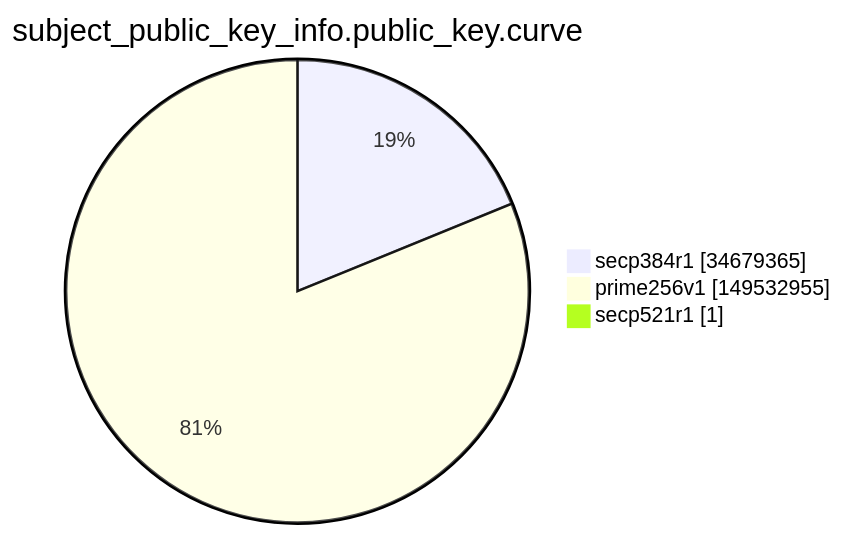
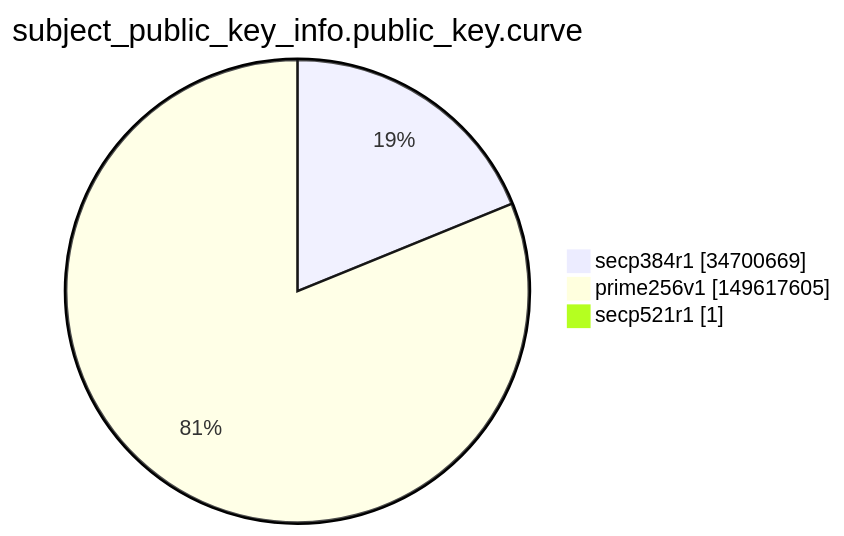
One commit to christiankrug/ctmonitor_visualization changed the ninth of 15 diagrams in argon2022/README.md. Above: the diagram before and after it, drawn with Mermaid. The commit also changed other lines of this file, not shown here.

````diff
--- a/argon2022/README.md
+++ b/argon2022/README.md
@@ -2764,7 +2764,7 @@
 ```mermaid
 pie showData
 title subject_public_key_info.public_key.curve
-"secp384r1" :34679365
-"prime256v1" :149532955
+"secp384r1" :34700669
+"prime256v1" :149617605
 "secp521r1" :1
 ```
````
